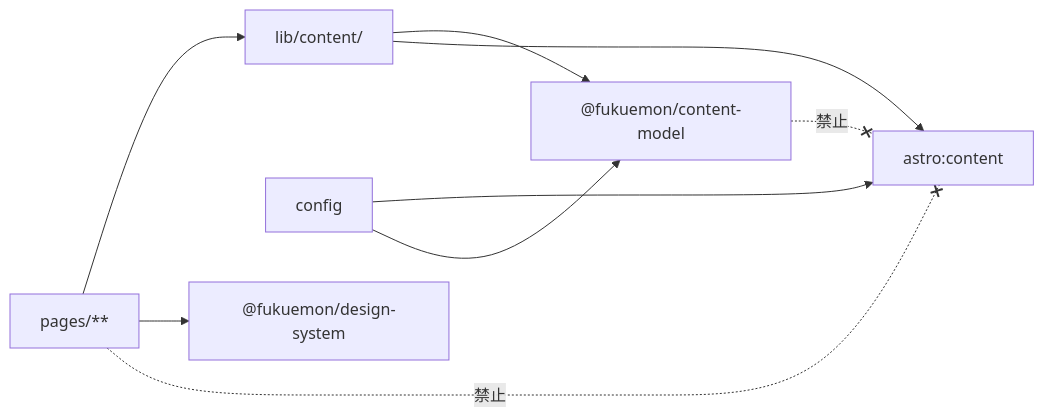
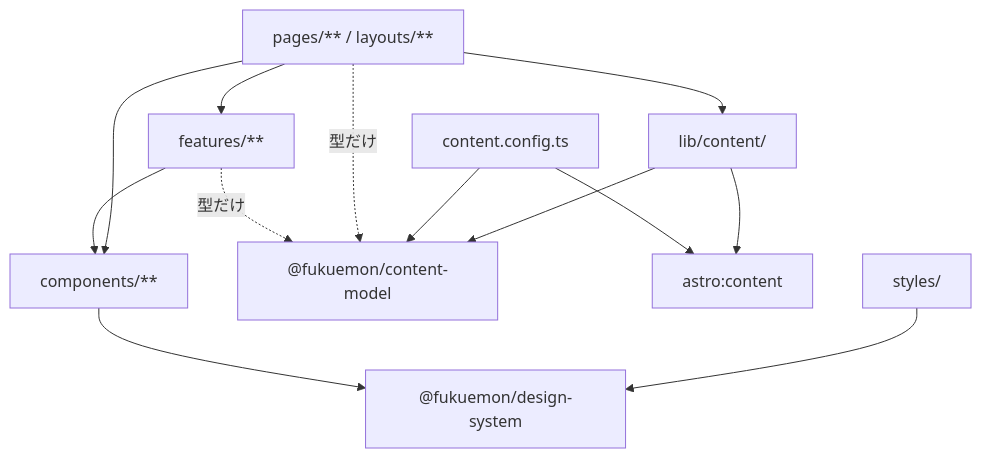
One commit to Fukuemon/fukuemon.dev changed the second of 2 diagrams in design/DesignDoc.md. Above: the diagram before and after it, drawn with Mermaid. The commit also changed other lines of this file and 9 other files, not shown here.

````diff
--- a/design/DesignDoc.md
+++ b/design/DesignDoc.md
@@ -126,11 +125,15 @@
 ```mermaid
-flowchart LR
-    pages["pages/**"] --> adapter["lib/content/"]
+flowchart TD
+    pages["pages/** / layouts/**"] --> features["features/**"]
+    pages --> components["components/**"]
+    features --> components
+    pages --> adapter["lib/content/"]
     adapter --> cm["@fukuemon/content-model"]
     adapter --> ac["astro:content"]
-    config --> ac
+    config["content.config.ts"] --> ac
     config --> cm
-    pages --> ds["@fukuemon/design-system"]
-    pages -. "禁止" .-x ac
-    cm -. "禁止" .-x ac
+    pages -. "型だけ" .-> cm
+    features -. "型だけ" .-> cm
+    styles["styles/"] --> ds["@fukuemon/design-system"]
+    components --> ds
 ```
````
